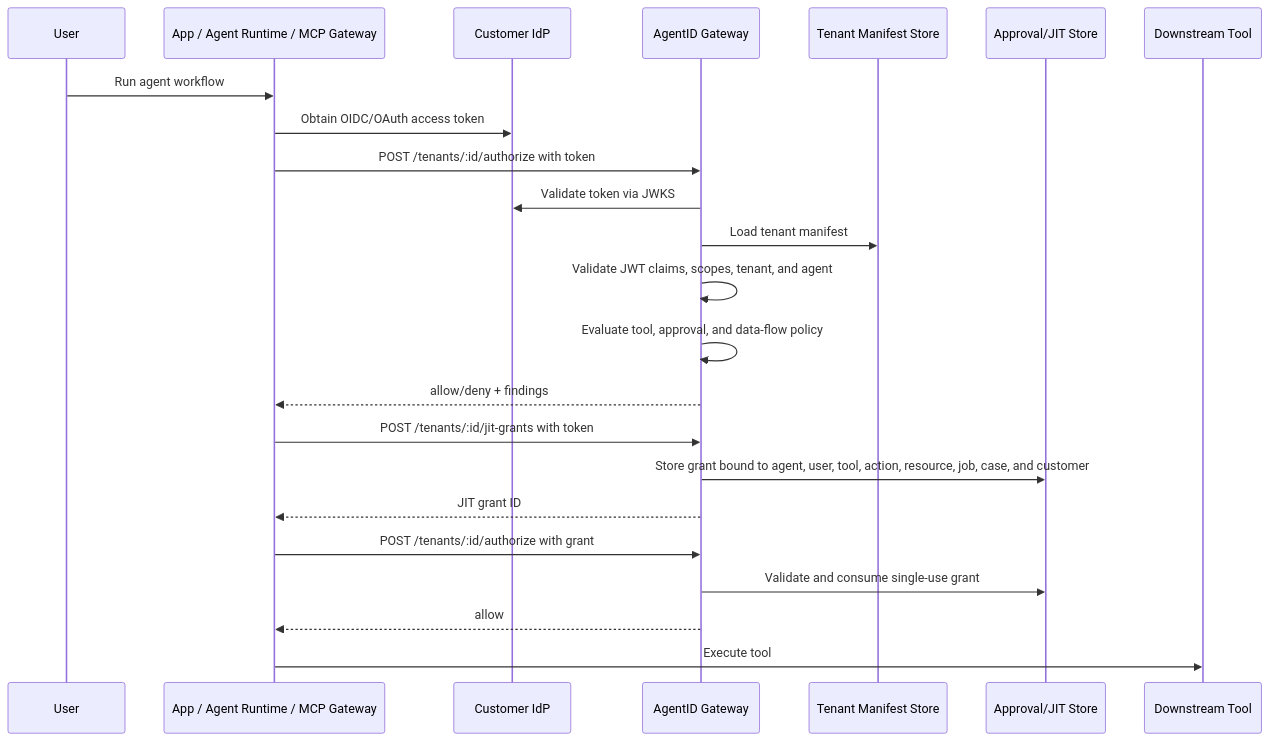
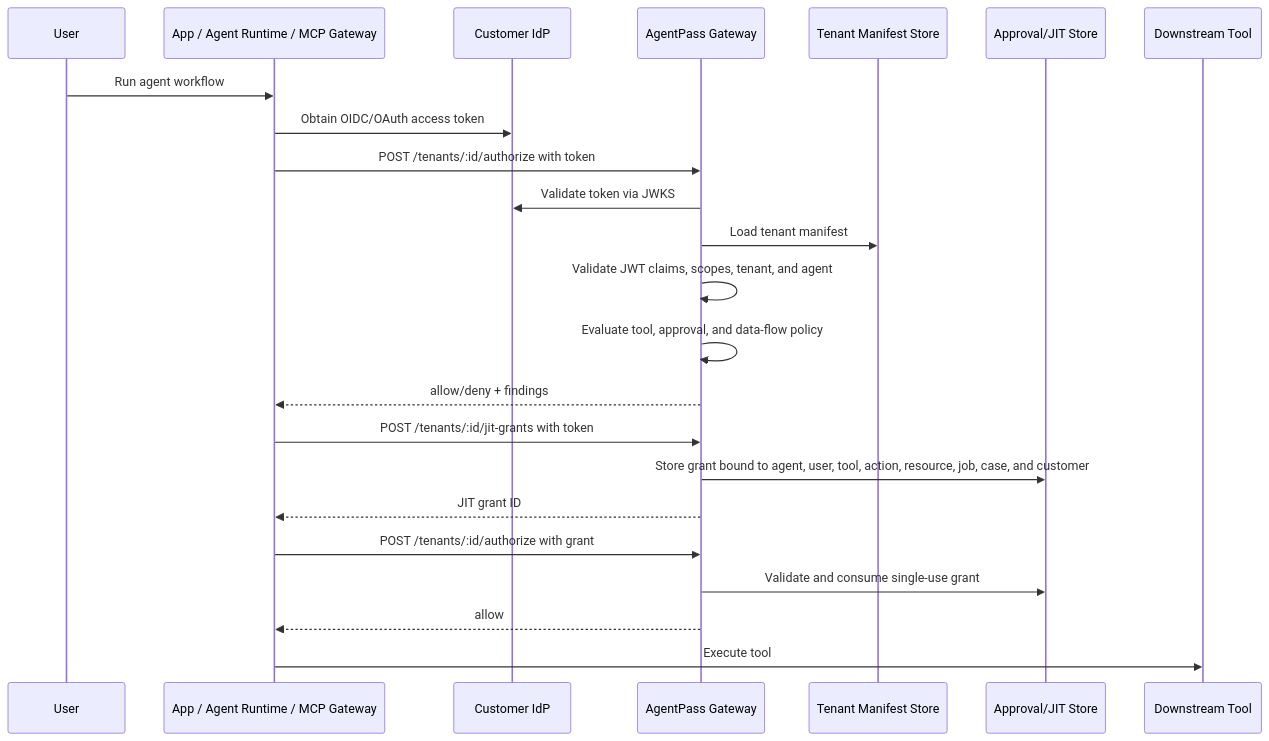
Before and after one commit to dinpd/AgentAction: the second of 2 diagrams in README.md, drawn with Mermaid. The commit also changed other lines of this file and 69 other files, not shown here.

Commit message:
Rename public brand to AgentPass

````diff
--- a/README.md
+++ b/README.md
@@ -494,28 +497,28 @@
 ```mermaid
 sequenceDiagram
     participant User
     participant App as App / Agent Runtime / MCP Gateway
     participant IdP as Customer IdP
-    participant Gateway as AgentID Gateway
+    participant Gateway as AgentPass Gateway
     participant KV as Tenant Manifest Store
     participant DO as Approval/JIT Store
     participant Tool as Downstream Tool
 
     User->>App: Run agent workflow
     App->>IdP: Obtain OIDC/OAuth access token
     App->>Gateway: POST /tenants/:id/authorize with token
     Gateway->>IdP: Validate token via JWKS
     Gateway->>KV: Load tenant manifest
     Gateway->>Gateway: Validate JWT claims, scopes, tenant, and agent
     Gateway->>Gateway: Evaluate tool, approval, and data-flow policy
     Gateway-->>App: allow/deny + findings
 
     App->>Gateway: POST /tenants/:id/jit-grants with token
     Gateway->>DO: Store grant bound to agent, user, tool, action, resource, job, case, and customer
     Gateway-->>App: JIT grant ID
 
     App->>Gateway: POST /tenants/:id/authorize with grant
     Gateway->>DO: Validate and consume single-use grant
     Gateway-->>App: allow
     App->>Tool: Execute tool
 ```
````
